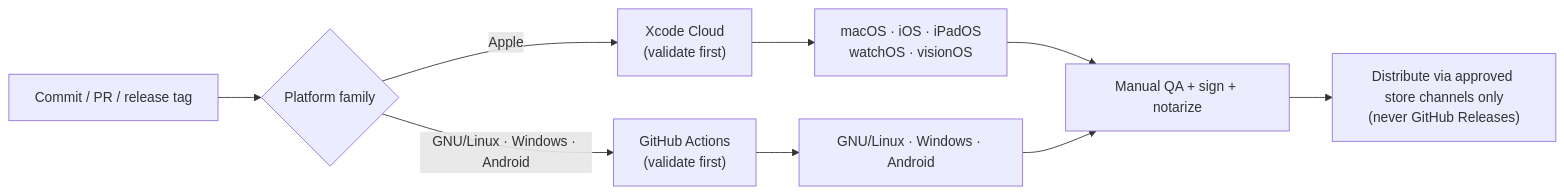
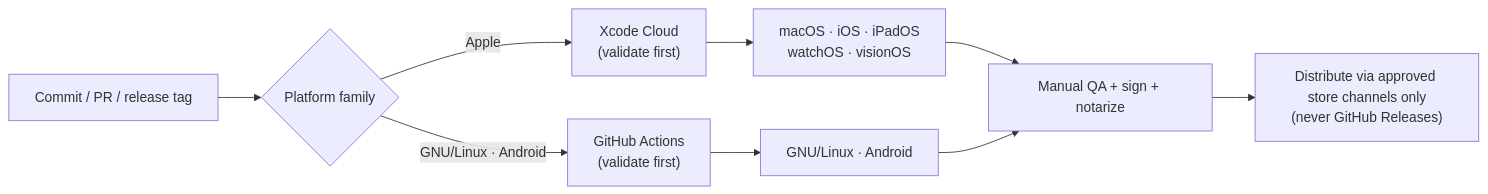
One commit to JohnThre/clambhook changed the first of 3 diagrams in docs/release-validation.md. Above: the diagram before and after it, drawn with Mermaid. The commit also changed other lines of this file and 58 other files, not shown here.

````diff
--- a/docs/release-validation.md
+++ b/docs/release-validation.md
@@ -17,11 +17,11 @@
 ```mermaid
 flowchart LR
     commit["Commit / PR / release tag"] --> gate{Platform family}
     gate -->|Apple| xcode["Xcode Cloud<br/>(validate first)"]
-    gate -->|"GNU/Linux · Windows · Android"| github["GitHub Actions<br/>(validate first)"]
+    gate -->|"GNU/Linux · Android"| github["GitHub Actions<br/>(validate first)"]
     xcode --> apple["macOS · iOS · iPadOS<br/>watchOS · visionOS"]
-    github --> other["GNU/Linux · Windows · Android"]
+    github --> other["GNU/Linux · Android"]
     apple --> qa["Manual QA + sign + notarize"]
     other --> qa
     qa --> dist["Distribute via approved store channels only<br/>(never GitHub Releases)"]
 ```
````
